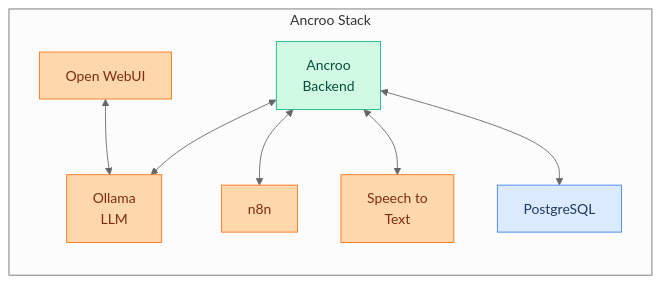
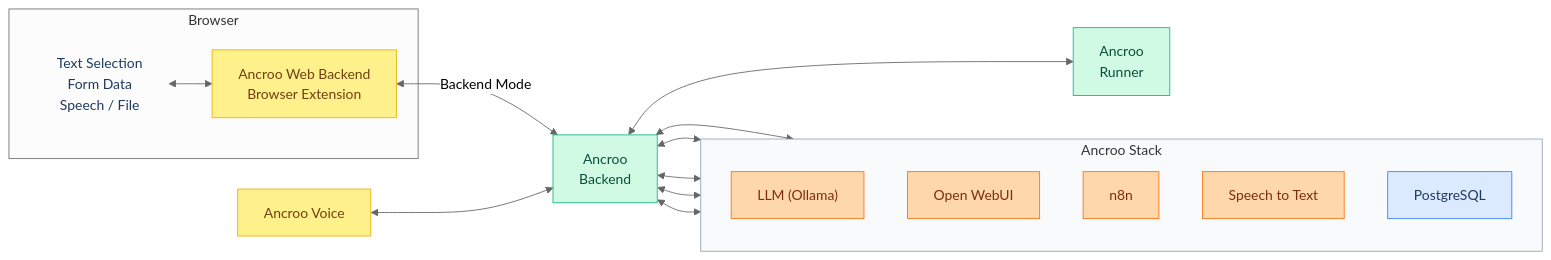
The diagram in README.md (ancroo/ancroo-stack), drawn with Mermaid before and after one commit. The commit also changed 3 other files, not shown here.

First line of the commit message:
refactor: point installer to ancroo-backend for example workflows

````diff
--- a/README.md
+++ b/README.md
@@ -15,25 +15,43 @@
 ```mermaid
 %%{init: {'theme': 'neutral'}}%%
 graph LR
-    subgraph Stack["Ancroo Stack"]
-        ollama["Ollama<br/>LLM"]
-        webui["Open WebUI"]
-        backend["Ancroo<br/>Backend"]
+    subgraph Browser["Browser"]
+        input["Text Selection<br/>Form Data<br/>Speech / File"]
+        extension["Ancroo Web Backend<br/>Browser Extension"]
+    end
+
+    voice["Ancroo Voice"]
+    backend["Ancroo<br/>Backend"]
+    runner["Ancroo<br/>Runner"]
+
+    subgraph Services["Ancroo Stack"]
+        direction TB
+        llm["LLM (Ollama)"]
+        owui["Open WebUI"]
         n8n["n8n"]
-        stt["Speech to<br/>Text"]
+        stt["Speech to Text"]
         pg["PostgreSQL"]
     end
 
-    webui <--> ollama
-    backend <--> ollama
+    input <--> extension
+    extension <-- "Backend Mode" --> backend
+    voice <--> backend
+    backend <--> llm
+    backend <--> owui
     backend <--> n8n
     backend <--> stt
+    backend <--> runner
     backend <--> pg
 
-    style ollama fill:#fed7aa,stroke:#f97316,color:#7c2d12
-    style webui fill:#fed7aa,stroke:#f97316,color:#7c2d12
+    style Services fill:#f8fafc,stroke:#94a3b8
+    style input fill:transparent,stroke:transparent,color:#1e3a5f
+    style extension fill:#fef08a,stroke:#eab308,color:#713f12
+    style voice fill:#fef08a,stroke:#eab308,color:#713f12
     style backend fill:#d1fae5,stroke:#10b981,color:#064e3b
+    style runner fill:#d1fae5,stroke:#10b981,color:#064e3b
+    style llm fill:#fed7aa,stroke:#f97316,color:#7c2d12
+    style owui fill:#fed7aa,stroke:#f97316,color:#7c2d12
     style n8n fill:#fed7aa,stroke:#f97316,color:#7c2d12
     style stt fill:#fed7aa,stroke:#f97316,color:#7c2d12
     style pg fill:#dbeafe,stroke:#3b82f6,color:#1e3a5f
 ```
````
